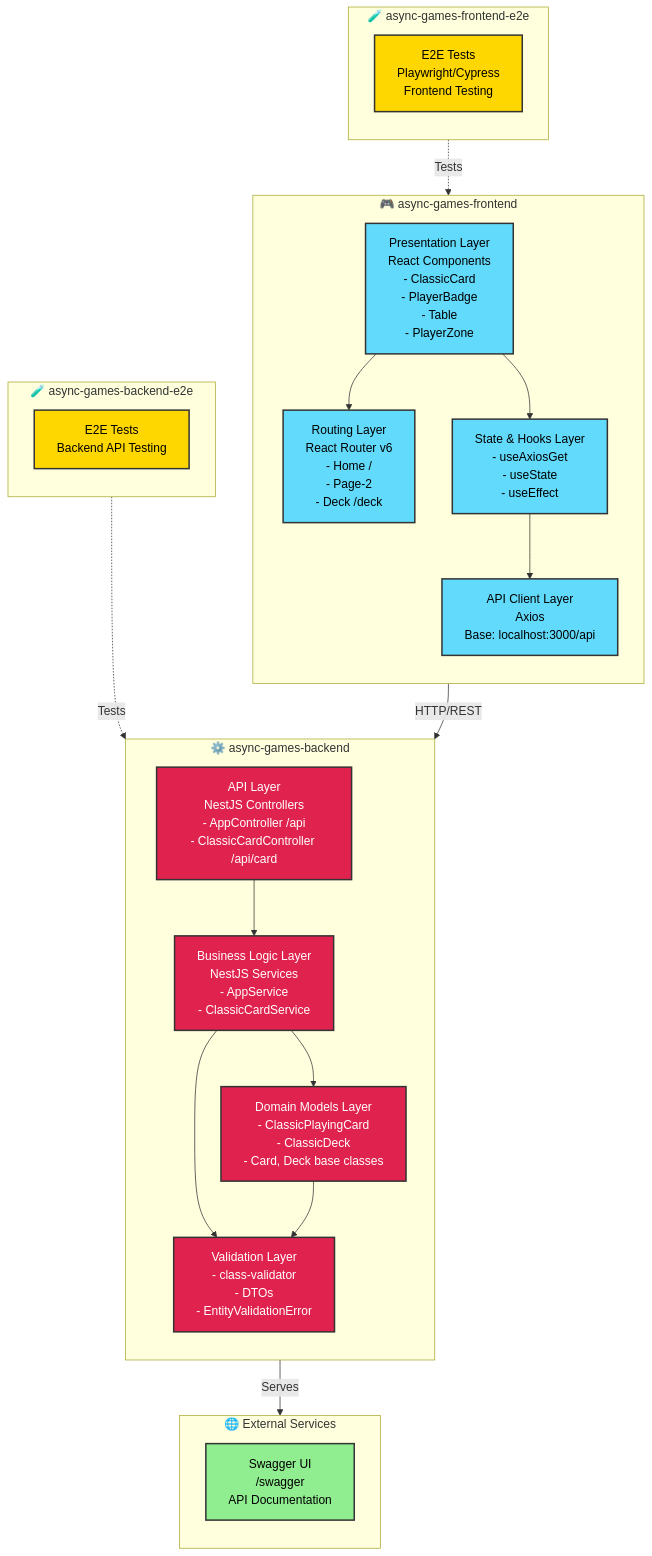
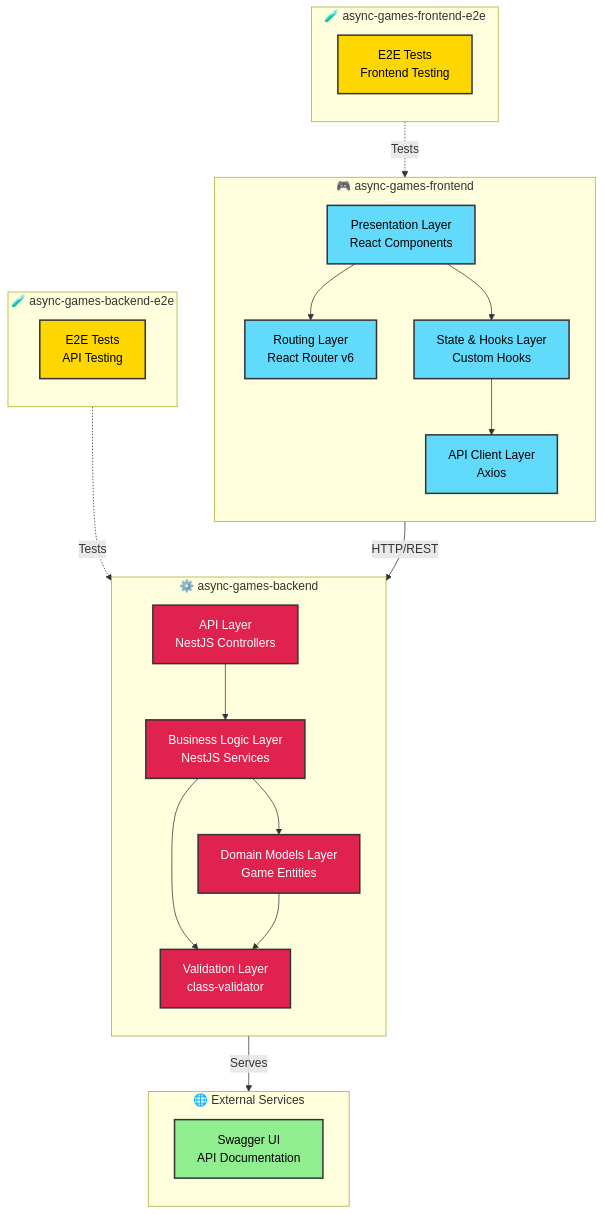
Before and after one commit to sfreedgood/Async-Games: the first of 3 diagrams in ARCHITECTURE.md, drawn with Mermaid. The commit also changed other lines of this file, not shown here.

First line of the commit message:
Simplify architecture diagram and convert data flows to sequence diagrams

````diff
--- a/ARCHITECTURE.md
+++ b/ARCHITECTURE.md
@@ -7,57 +7,57 @@
 ```mermaid
 graph TB
     subgraph Frontend["🎮 async-games-frontend"]
         direction TB
-        UI[Presentation Layer<br/>React Components<br/>- ClassicCard<br/>- PlayerBadge<br/>- Table<br/>- PlayerZone]
-        Router[Routing Layer<br/>React Router v6<br/>- Home /<br/>- Page-2<br/>- Deck /deck]
-        Hooks[State & Hooks Layer<br/>- useAxiosGet<br/>- useState<br/>- useEffect]
-        APIClient[API Client Layer<br/>Axios<br/>Base: localhost:3000/api]
+        UI[Presentation Layer<br/>React Components]
+        Router[Routing Layer<br/>React Router v6]
+        Hooks[State & Hooks Layer<br/>Custom Hooks]
+        APIClient[API Client Layer<br/>Axios]
         
         UI --> Router
         UI --> Hooks
         Hooks --> APIClient
     end
 
     subgraph Backend["⚙️ async-games-backend"]
         direction TB
-        Controllers[API Layer<br/>NestJS Controllers<br/>- AppController /api<br/>- ClassicCardController /api/card]
-        Services[Business Logic Layer<br/>NestJS Services<br/>- AppService<br/>- ClassicCardService]
-        Domain[Domain Models Layer<br/>- ClassicPlayingCard<br/>- ClassicDeck<br/>- Card, Deck base classes]
-        Validation[Validation Layer<br/>- class-validator<br/>- DTOs<br/>- EntityValidationError]
+        Controllers[API Layer<br/>NestJS Controllers]
+        Services[Business Logic Layer<br/>NestJS Services]
+        Domain[Domain Models Layer<br/>Game Entities]
+        Validation[Validation Layer<br/>class-validator]
         
         Controllers --> Services
         Services --> Domain
         Services --> Validation
         Domain --> Validation
     end
 
     subgraph FrontendE2E["🧪 async-games-frontend-e2e"]
         direction TB
-        E2EFrontend[E2E Tests<br/>Playwright/Cypress<br/>Frontend Testing]
+        E2EFrontend[E2E Tests<br/>Frontend Testing]
     end
 
     subgraph BackendE2E["🧪 async-games-backend-e2e"]
         direction TB
-        E2EBackend[E2E Tests<br/>Backend API Testing]
+        E2EBackend[E2E Tests<br/>API Testing]
     end
 
     subgraph External["🌐 External Services"]
         direction TB
-        Swagger[Swagger UI<br/>/swagger<br/>API Documentation]
+        Swagger[Swagger UI<br/>API Documentation]
     end
 
     APIClient -->|HTTP/REST| Controllers
     E2EFrontend -.->|Tests| UI
     E2EBackend -.->|Tests| Controllers
     Controllers -->|Serves| Swagger
 
     classDef frontendStyle fill:#61dafb,stroke:#333,stroke-width:2px,color:#000
     classDef backendStyle fill:#e0234e,stroke:#333,stroke-width:2px,color:#fff
     classDef testStyle fill:#ffd700,stroke:#333,stroke-width:2px,color:#000
     classDef externalStyle fill:#90ee90,stroke:#333,stroke-width:2px,color:#000
     
     class UI,Router,Hooks,APIClient frontendStyle
     class Controllers,Services,Domain,Validation backendStyle
     class E2EFrontend,E2EBackend testStyle
     class Swagger externalStyle
 ```
````
